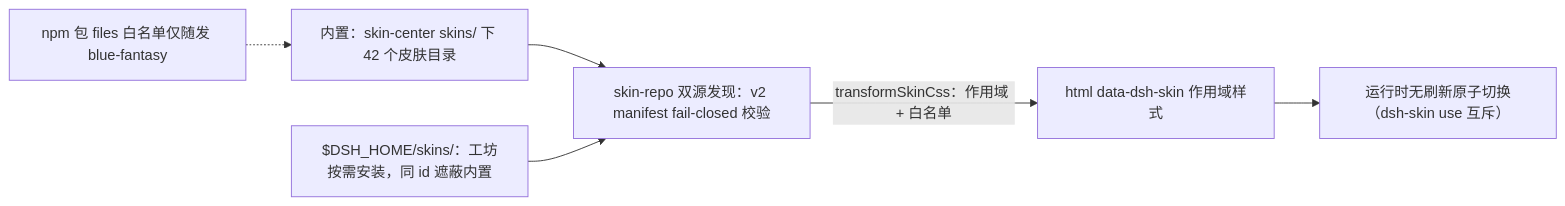
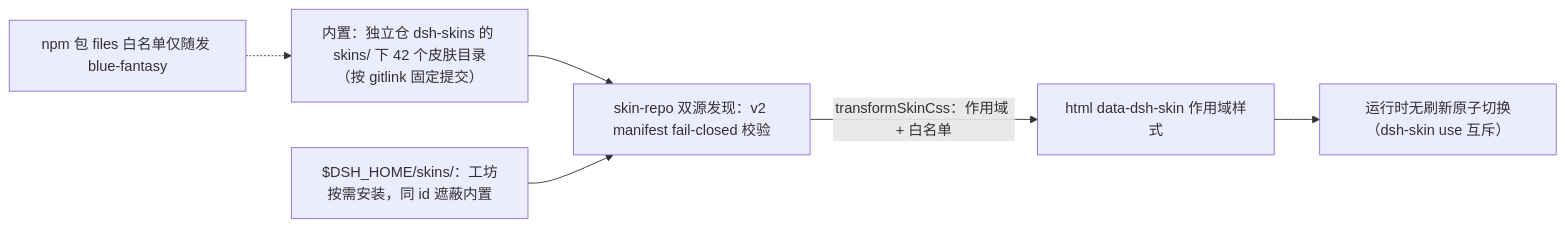
The sixth of 9 diagrams in docs/architecture.md (LoveDoLove-Forked-Projects/dsh-web), drawn with Mermaid before and after one commit. The commit also changed other lines of this file and 8 other files, not shown here.

First line of the commit message:
docs: point the skin / pet / community flows at their repositories

````diff
--- a/docs/architecture.md
+++ b/docs/architecture.md
@@ -107,8 +107,8 @@
 ```mermaid
 flowchart LR
-    B["内置：skin-center skins/ 下 42 个皮肤目录"] --> R["skin-repo 双源发现：v2 manifest fail-closed 校验"]
+    B["内置：独立仓 dsh-skins 的 skins/ 下 42 个皮肤目录（按 gitlink 固定提交）"] --> R["skin-repo 双源发现：v2 manifest fail-closed 校验"]
     U["$DSH_HOME/skins/：工坊按需安装，同 id 遮蔽内置"] --> R
     R -- "transformSkinCss：作用域 + 白名单" --> CSS["html data-dsh-skin 作用域样式"]
     CSS --> SW["运行时无刷新原子切换（dsh-skin use 互斥）"]
     N["npm 包 files 白名单仅随发 blue-fantasy"] -.-> B
 ```
````
